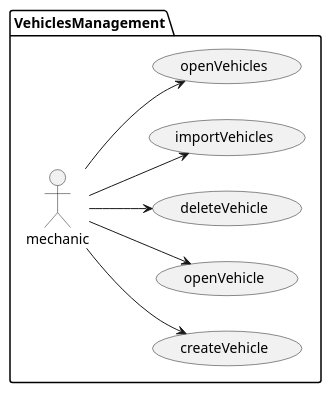
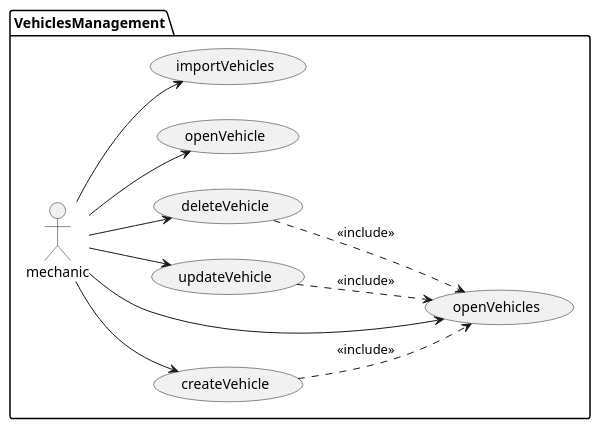
One commit to Ruskab/agrimManager changed the diagram in documentation/1requiremets/usecases/puml/vechileUusecases.puml. Above: the diagram before and after it, drawn with PlantUML. The commit also changed 8 other files, not shown here.

```diff
--- a/documentation/1requiremets/usecases/puml/vechileUusecases.puml
+++ b/documentation/1requiremets/usecases/puml/vechileUusecases.puml
@@ -1,14 +1,18 @@
 @startuml
 
 left to right direction
 
 
 package VehiclesManagement {
 :mechanic: --> (createVehicle)
+(createVehicle) ..> (openVehicles) :<<include>>
+:mechanic: --> (updateVehicle)
+(updateVehicle) ..> (openVehicles) : <<include>>
+:mechanic: --> (deleteVehicle)
+(deleteVehicle) ..> (openVehicles) : <<include>>
 :mechanic: --> (openVehicle)
-:mechanic: --> (deleteVehicle)
 :mechanic: --> (importVehicles)
 :mechanic: --> (openVehicles)
 }
 
 @enduml
```
